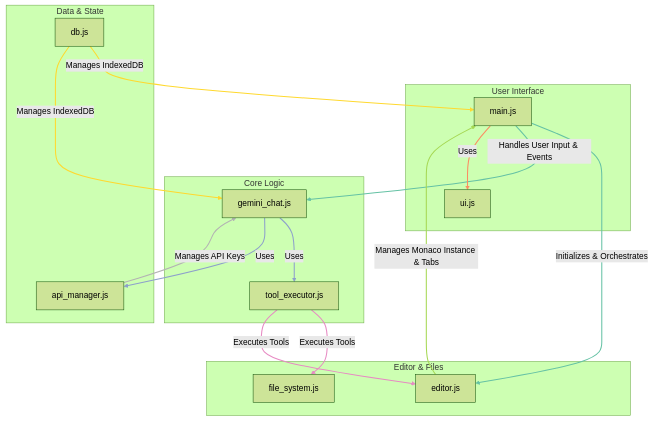
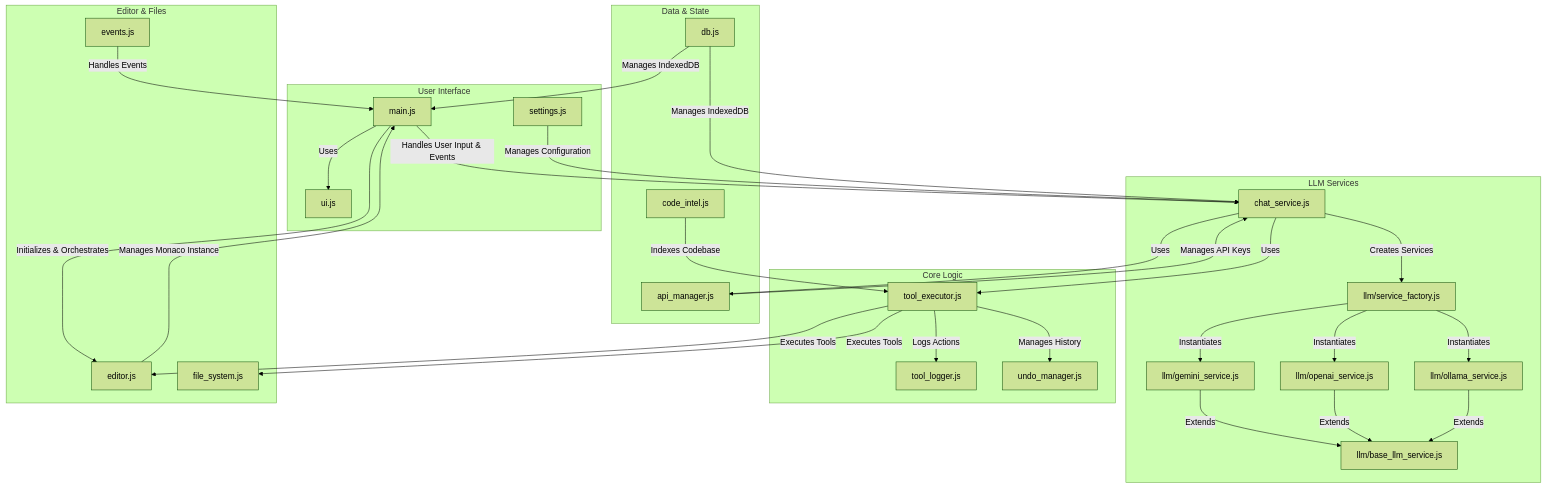
The first of 6 diagrams in docs/ARCHITECTURE.md (yapweijun1996/AI-Code-Editor-v14), drawn with Mermaid (forest theme) before and after one commit. The commit also changed other lines of this file and 4 other files, not shown here.

````diff
--- a/docs/ARCHITECTURE.md
+++ b/docs/ARCHITECTURE.md
@@ -19,46 +22,59 @@
 ```mermaid
 graph TD
     subgraph User Interface
         A[main.js]
         B[ui.js]
+        S[settings.js]
+    end
+
+    subgraph LLM Services
+        CS[chat_service.js]
+        SF[llm/service_factory.js]
+        GS[llm/gemini_service.js]
+        OS[llm/openai_service.js]
+        OLS[llm/ollama_service.js]
+        BS[llm/base_llm_service.js]
     end
 
     subgraph Core Logic
-        C[gemini_chat.js]
         D[tool_executor.js]
+        TL[tool_logger.js]
+        UM[undo_manager.js]
     end
 
     subgraph Data & State
         E[db.js]
         F[api_manager.js]
+        CI[code_intel.js]
     end
 
     subgraph Editor & Files
         G[editor.js]
         H[file_system.js]
+        EV[events.js]
     end
 
     A -- Initializes & Orchestrates --> G
-    A -- Handles User Input & Events --> C
+    A -- Handles User Input & Events --> CS
     A -- Uses --> B
-    C -- Uses --> D
-    C -- Uses --> F
+    CS -- Creates Services --> SF
+    SF -- Instantiates --> GS
+    SF -- Instantiates --> OS
+    SF -- Instantiates --> OLS
+    GS -- Extends --> BS
+    OS -- Extends --> BS
+    OLS -- Extends --> BS
+    CS -- Uses --> D
+    CS -- Uses --> F
     D -- Executes Tools --> H
     D -- Executes Tools --> G
-    G -- Manages Monaco Instance & Tabs --> A
+    D -- Logs Actions --> TL
+    D -- Manages History --> UM
+    G -- Manages Monaco Instance --> A
     E -- Manages IndexedDB --> A
-    E -- Manages IndexedDB --> C
-    F -- Manages API Keys --> C
-
-    linkStyle 0 stroke:#66c2a5,stroke-width:2px;
-    linkStyle 1 stroke:#66c2a5,stroke-width:2px;
-    linkStyle 2 stroke:#fc8d62,stroke-width:2px;
-    linkStyle 3 stroke:#8da0cb,stroke-width:2px;
-    linkStyle 4 stroke:#8da0cb,stroke-width:2px;
-    linkStyle 5 stroke:#e78ac3,stroke-width:2px;
-    linkStyle 6 stroke:#e78ac3,stroke-width:2px;
-    linkStyle 7 stroke:#a6d854,stroke-width:2px;
-    linkStyle 8 stroke:#ffd92f,stroke-width:2px;
-    linkStyle 9 stroke:#ffd92f,stroke-width:2px;
-    linkStyle 10 stroke:#b3b3b3,stroke-width:2px;
+    E -- Manages IndexedDB --> CS
+    F -- Manages API Keys --> CS
+    S -- Manages Configuration --> CS
+    CI -- Indexes Codebase --> D
+    EV -- Handles Events --> A
 ```
````
